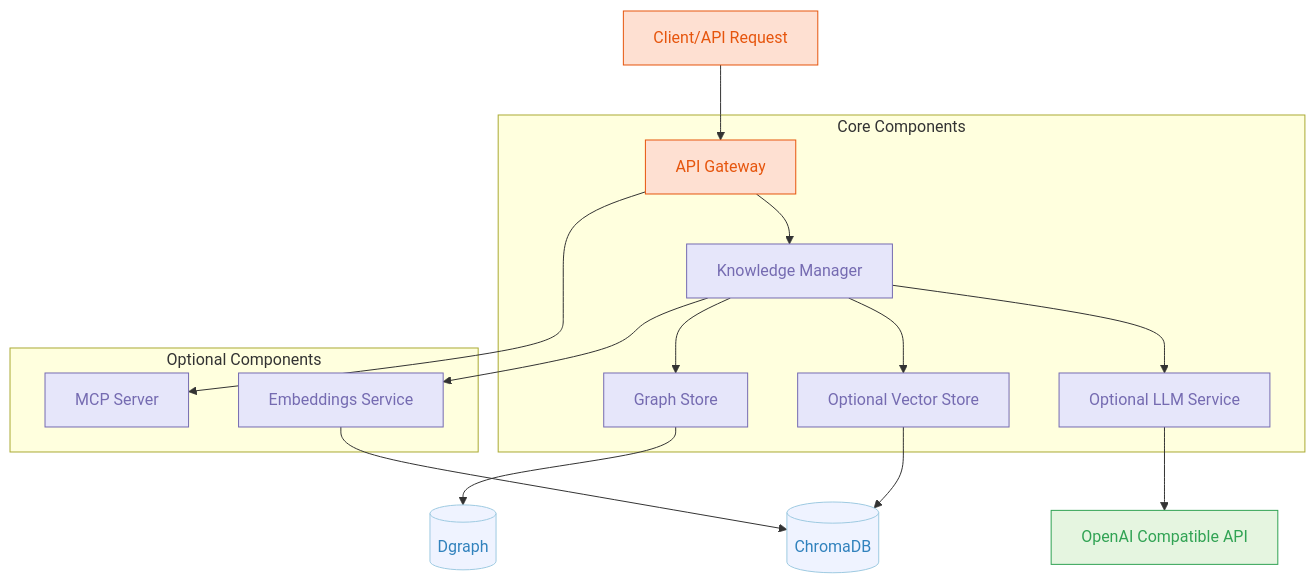
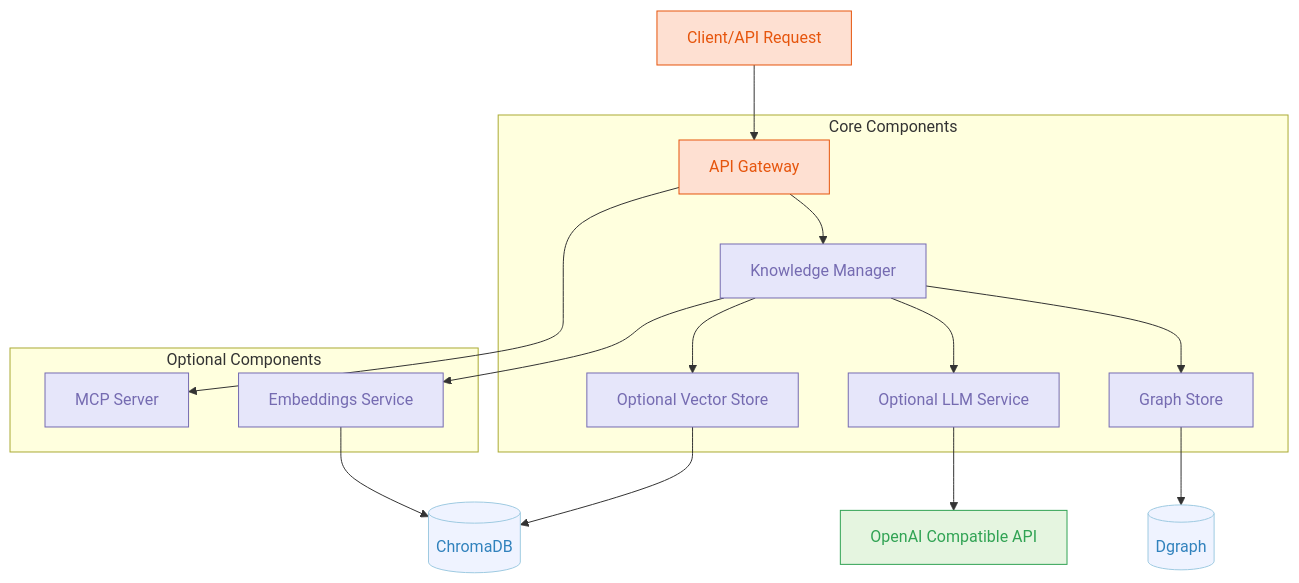
The diagram in docs/project-overview.md (sammcj/neural-graf), drawn with Mermaid before and after one commit. The commit also changed other lines of this file, not shown here.

````diff
--- a/docs/project-overview.md
+++ b/docs/project-overview.md
@@ -23,29 +23,29 @@
 ```mermaid
 graph TB
     A[Client/API Request] --> B[API Gateway]
     subgraph Core Components
         B --> C[Knowledge Manager]
         C --> D[Graph Store]
+        C --> F[Optional LLM Service]
         C --> E[Optional Vector Store]
-        C --> F[Optional LLM Service]
     end
     subgraph Optional Components
         G[MCP Server]
         H[Embeddings Service]
     end
     B --> G
     C --> H
     D --> I[(Dgraph)]
     E --> J[(ChromaDB)]
     F --> K[OpenAI Compatible API]
     H --> J
     classDef components fill:#E6E6FA,stroke:#756BB1,color:#756BB1
     classDef inputOutput fill:#FEE0D2,stroke:#E6550D,color:#E6550D
     classDef data fill:#EFF3FF,stroke:#9ECAE1,color:#3182BD
     classDef process fill:#EAF5EA,stroke:#C6E7C6,color:#77AD77
     classDef llm fill:#E5F5E0,stroke:#31A354,color:#31A354
     class A,B inputOutput
     class C,D,E,F,G,H components
     class I,J data
     class K llm
 ```
````
